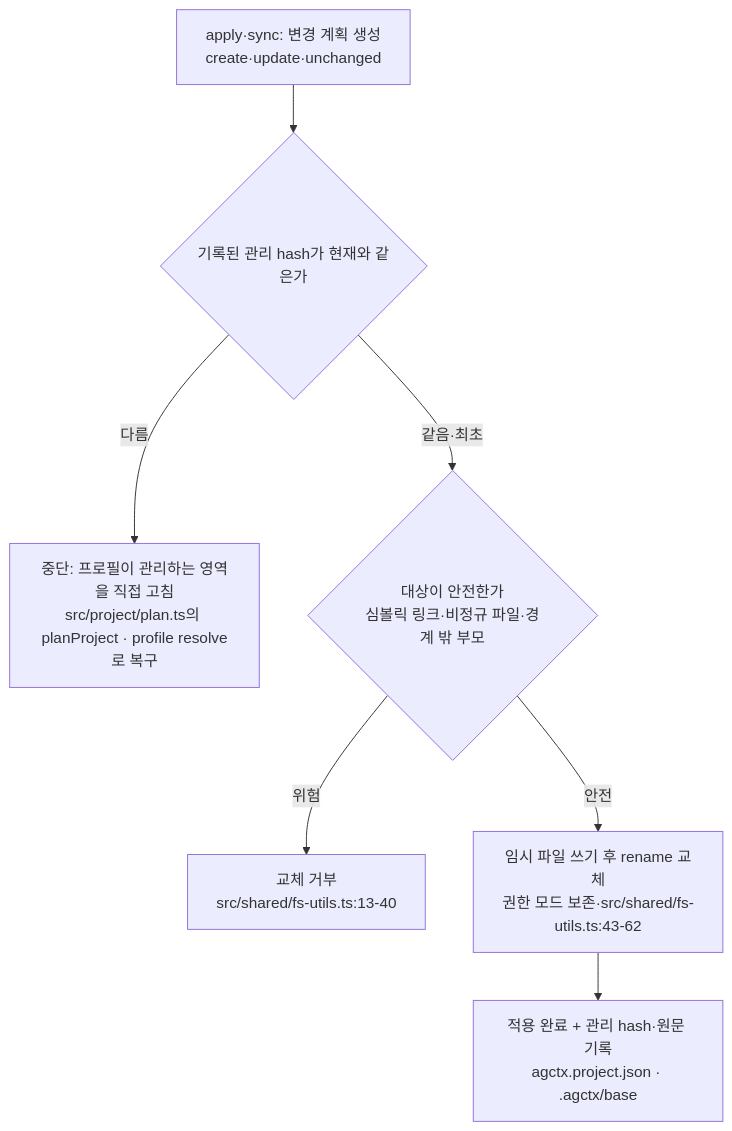
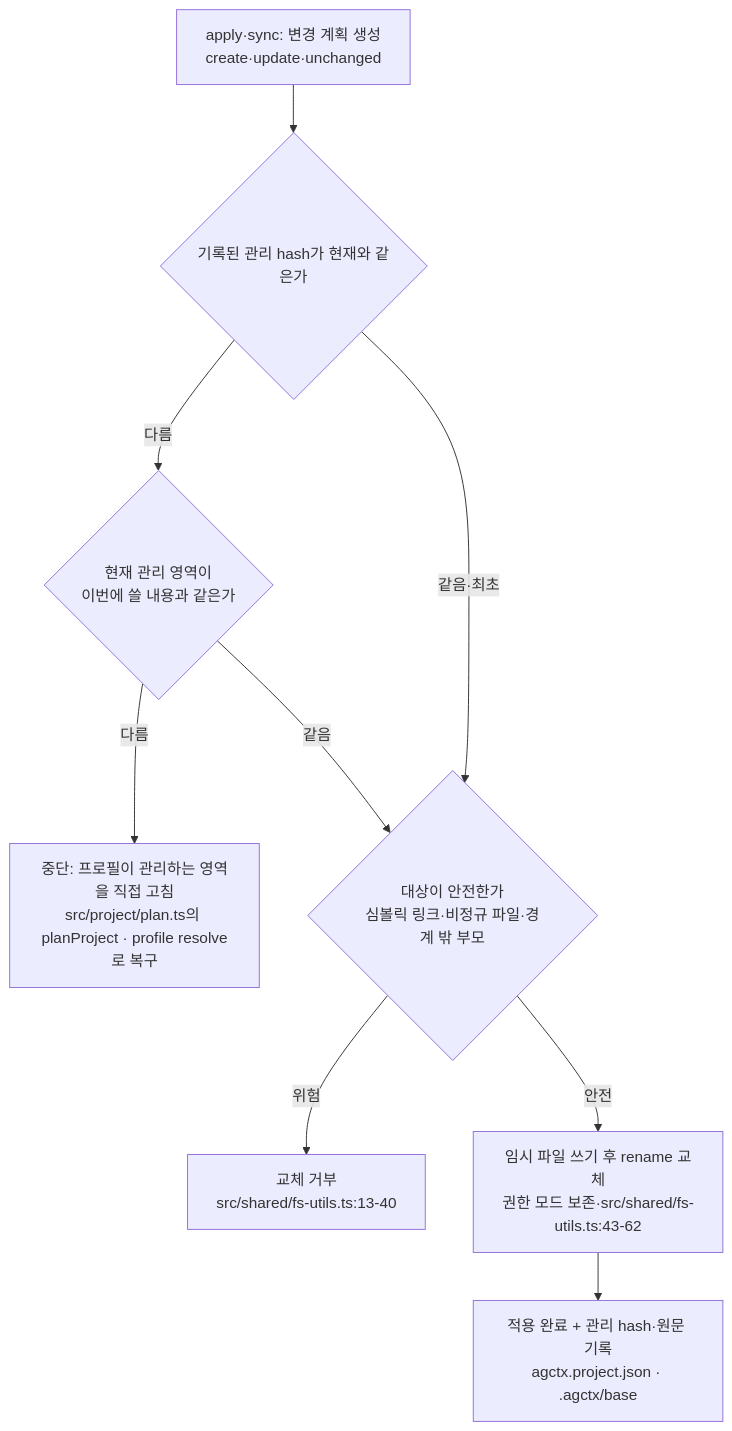
Before and after one commit to IsthisLee/agent-context-manager: the fourth of 6 diagrams in docs/contributing/implementation-principles.md, drawn with Mermaid. The commit also changed other lines of this file and 37 other files, not shown here.

````diff
--- a/docs/contributing/implementation-principles.md
+++ b/docs/contributing/implementation-principles.md
@@ -420,9 +420,11 @@
 ```mermaid
 flowchart TD
   P["apply·sync: 변경 계획 생성<br/>create·update·unchanged"] --> H{"기록된 관리 hash가 현재와 같은가"}
-  H -->|"다름"| STOP["중단: 프로필이 관리하는 영역을 직접 고침<br/>src/project/plan.ts의 planProject · profile resolve로 복구"]
+  H -->|"다름"| SAME{"현재 관리 영역이<br/>이번에 쓸 내용과 같은가"}
+  SAME -->|"다름"| STOP["중단: 프로필이 관리하는 영역을 직접 고침<br/>src/project/plan.ts의 planProject · profile resolve로 복구"]
+  SAME -->|"같음"| SAFE
   H -->|"같음·최초"| SAFE{"대상이 안전한가<br/>심볼릭 링크·비정규 파일·경계 밖 부모"}
   SAFE -->|"위험"| REFUSE["교체 거부<br/>src/shared/fs-utils.ts:13-40"]
   SAFE -->|"안전"| ATOM["임시 파일 쓰기 후 rename 교체<br/>권한 모드 보존·src/shared/fs-utils.ts:43-62"]
   ATOM --> DONE["적용 완료 + 관리 hash·원문 기록<br/>agctx.project.json · .agctx/base"]
 ```
````
